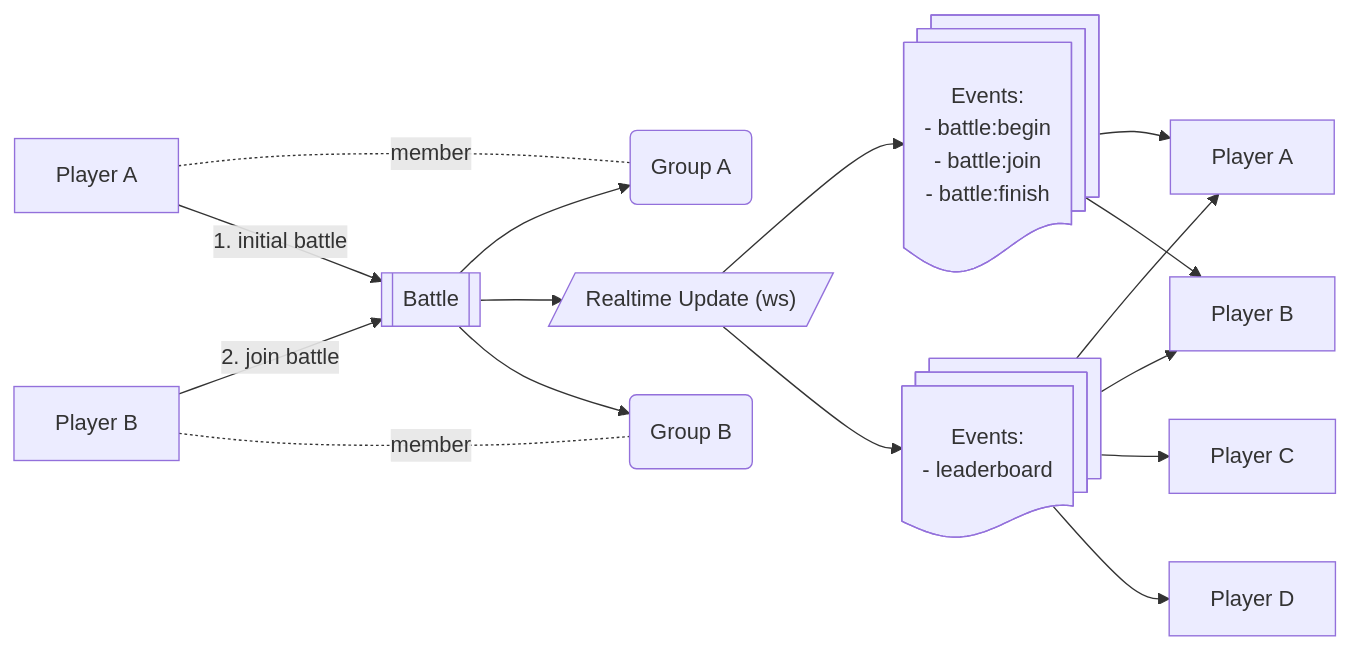
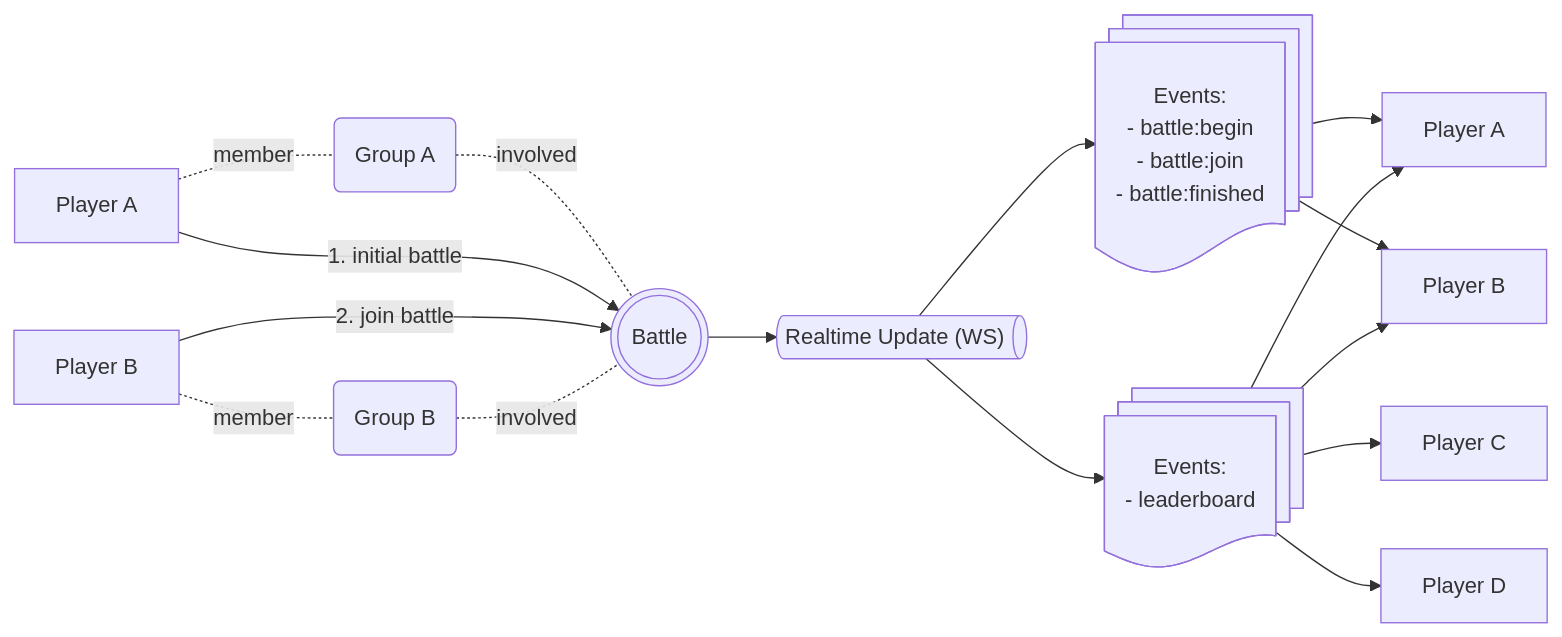
The diagram in TESTING.md (akulnurislam/social-game), drawn with Mermaid before and after one commit. The commit also changed other lines of this file, not shown here.

````diff
--- a/TESTING.md
+++ b/TESTING.md
@@ -11,22 +11,18 @@
 ```mermaid
 flowchart LR
     A[Player A] -. member .- GA(Group A)
-    A -->|1. initial battle| B1[[Battle]]
-    B -->|2. join battle| B1[[Battle]]
+    GA -. involved .- B1
+    A -->|1. initial battle| B1(((Battle)))
+    B -->|2. join battle| B1
+    GB -. involved .- B1
     B[Player B] -. member .- GB(Group B)
-    B1 --> GA
-    B1 --> WS@{ shape: lean-r, label: Realtime Update (ws) }
-    B1 --> GB
+    B1 --> WS@{ shape: das, label: Realtime Update (WS) }
     WS --> EV1@{ shape: docs, label: "Events:
     - battle:begin
     - battle:join
-    - battle:finish" }
+    - battle:finished" }
     WS --> EV2@{ shape: docs, label: "Events:
     - leaderboard" }
-    EV1 --> X1[Player A]
-    EV1 --> X2[Player B]
-    EV2 --> X1
-    EV2 --> X2
-    EV2 --> X3[Player C]
-    EV2 --> X4[Player D]
+    EV1 & EV2 --> X1[Player A] & X2[Player B]
+    EV2 --> X3[Player C] & X4[Player D]
 ```
````
